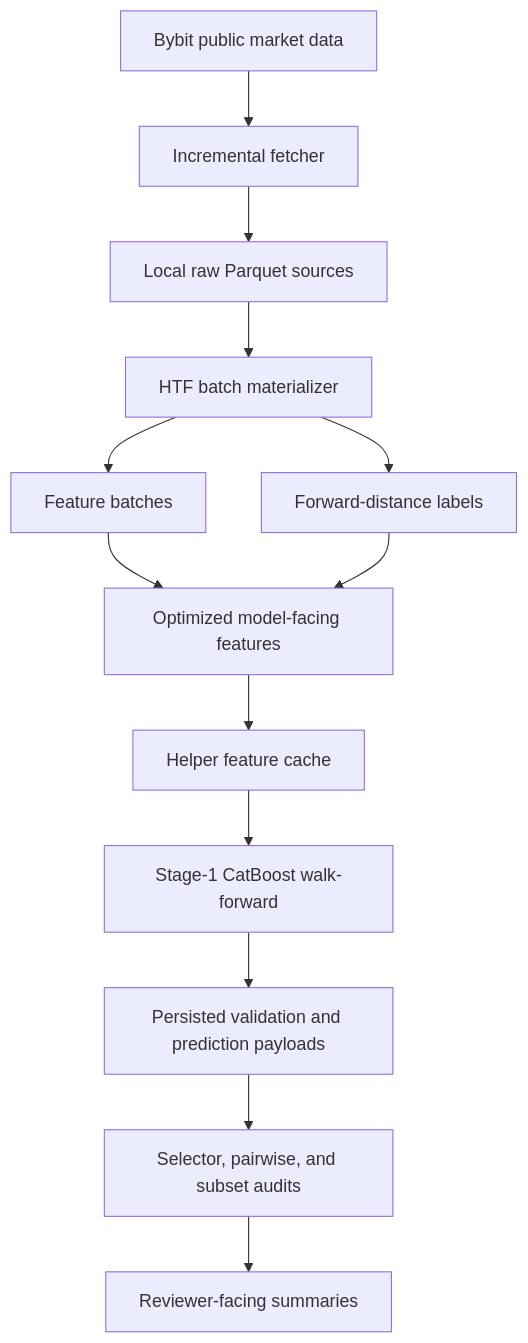
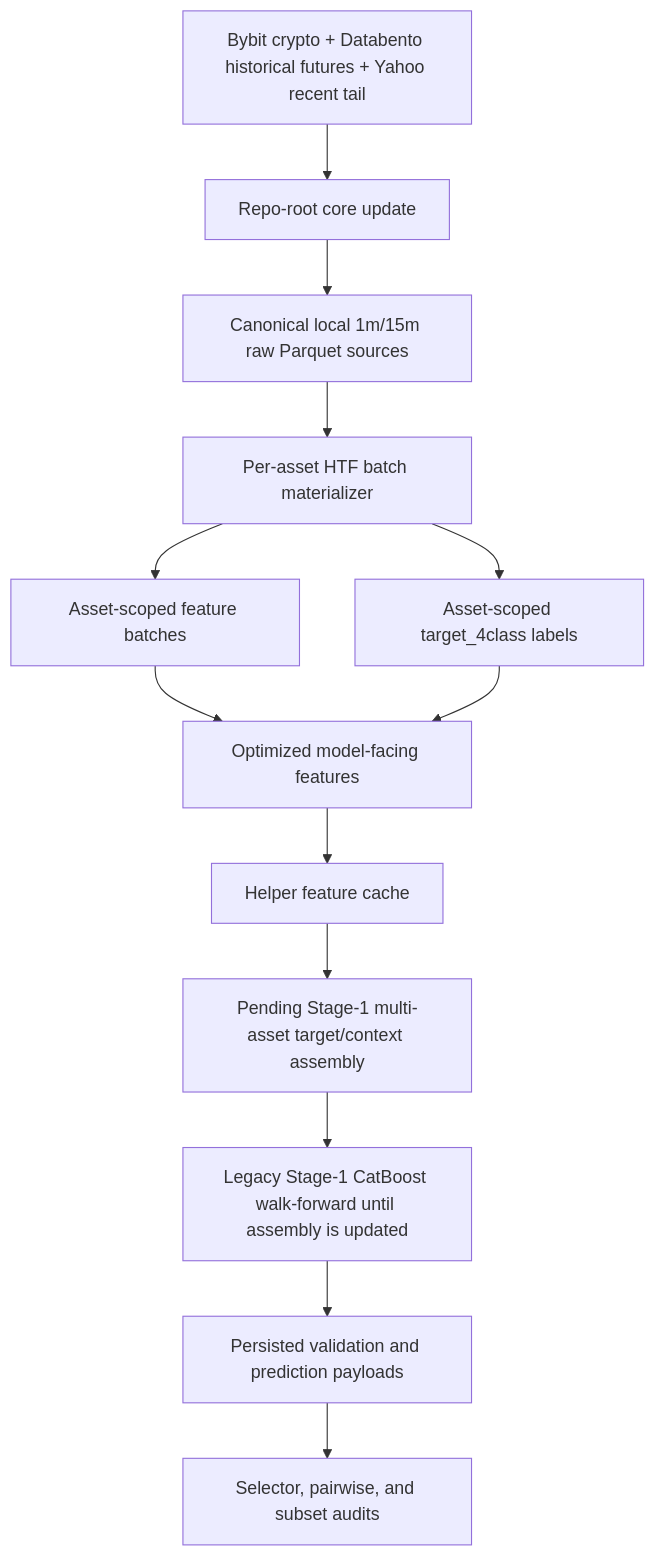
The diagram in docs/architecture/htf-workflow-architecture.md (Pr3ez/RiskYieldMM), drawn with Mermaid before and after one commit. The commit also changed other lines of this file and 25 other files, not shown here.

Commit message:
Polish multi-asset docs and repo hygiene

````diff
--- a/docs/architecture/htf-workflow-architecture.md
+++ b/docs/architecture/htf-workflow-architecture.md
@@ -8,15 +11,15 @@
 ```mermaid
 flowchart TD
-    A[Bybit public market data] --> B[Incremental fetcher]
-    B --> C[Local raw Parquet sources]
-    C --> D[HTF batch materializer]
-    D --> E[Feature batches]
-    D --> F[Forward-distance labels]
+    A[Bybit crypto + Databento historical futures + Yahoo recent tail] --> B[Repo-root core update]
+    B --> C[Canonical local 1m/15m raw Parquet sources]
+    C --> D[Per-asset HTF batch materializer]
+    D --> E[Asset-scoped feature batches]
+    D --> F[Asset-scoped target_4class labels]
     E --> G[Optimized model-facing features]
     F --> G
     G --> H[Helper feature cache]
-    H --> I[Stage-1 CatBoost walk-forward]
-    I --> J[Persisted validation and prediction payloads]
-    J --> K[Selector, pairwise, and subset audits]
-    K --> L[Reviewer-facing summaries]
+    H --> I[Pending Stage-1 multi-asset target/context assembly]
+    I --> J[Legacy Stage-1 CatBoost walk-forward until assembly is updated]
+    J --> K[Persisted validation and prediction payloads]
+    K --> L[Selector, pairwise, and subset audits]
 ```
````
